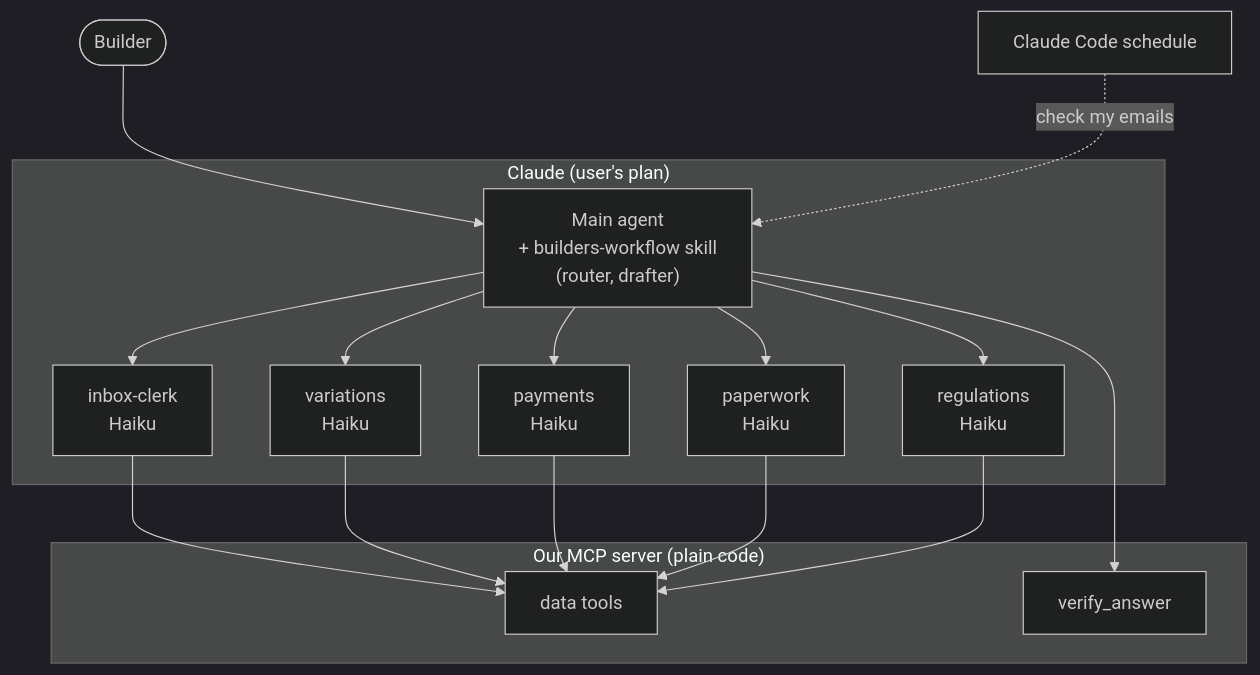
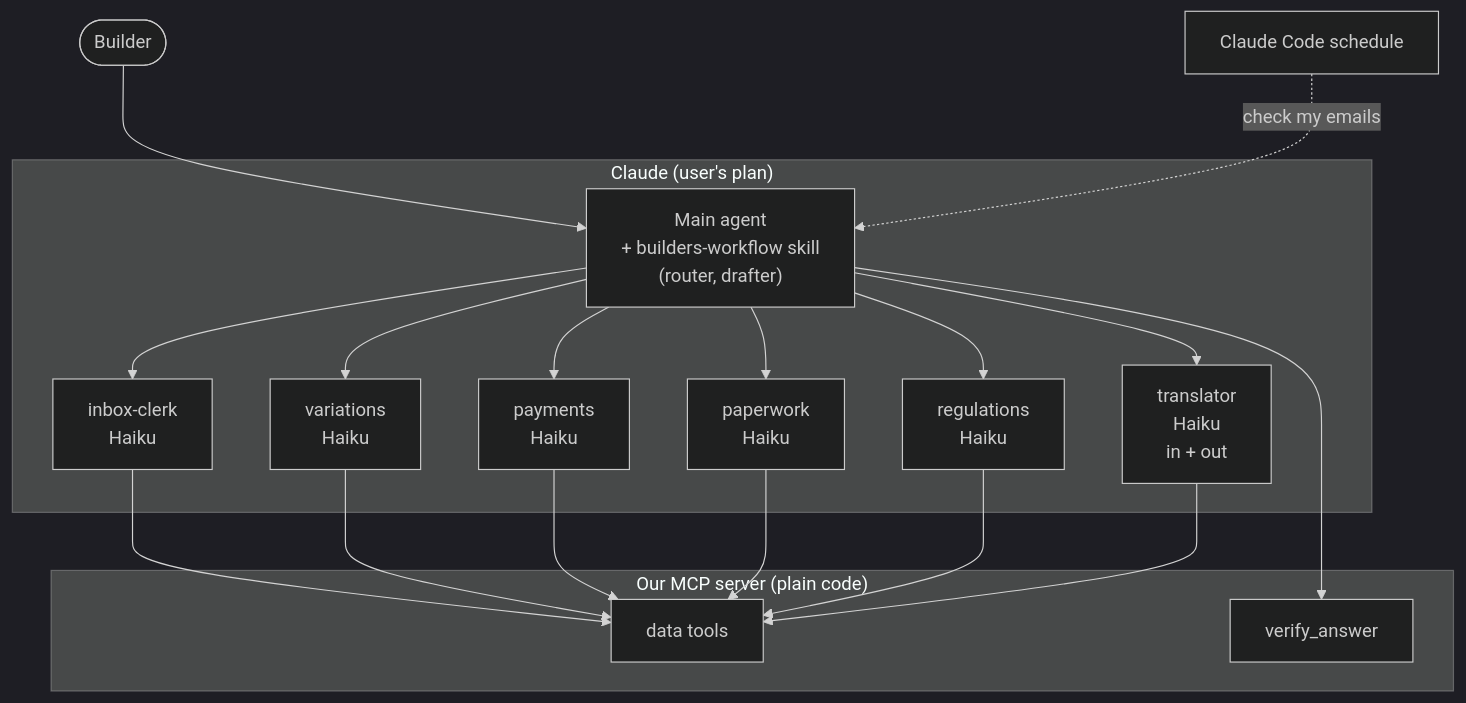
The first of 4 diagrams in architecture/design/agents.md (florinmarcus/builders_lab), drawn with Mermaid (dark theme) before and after one commit. The commit also changed other lines of this file and 13 other files, not shown here.

First line of the commit message:
Translator sub-agent (Haiku, lookup_terms only): Romanian in and out; contracts v2 with translator messages; workflow, agents design and tests updated

````diff
--- a/architecture/design/agents.md
+++ b/architecture/design/agents.md
@@ -10,19 +10,21 @@
 ```mermaid
 flowchart TB
     user(["Builder"]) --> main
     subgraph claude["Claude (user's plan)"]
         main["Main agent<br/>+ builders-workflow skill<br/>(router, drafter)"]
+        main --> tr["translator<br/>Haiku<br/>in + out"]
         main --> inbox["inbox-clerk<br/>Haiku"]
         main --> var["variations<br/>Haiku"]
         main --> pay["payments<br/>Haiku"]
         main --> paper["paperwork<br/>Haiku"]
         main --> regs["regulations<br/>Haiku"]
     end
     subgraph server["Our MCP server (plain code)"]
         tools["data tools"]
         guard["verify_answer"]
     end
     inbox & var & pay & paper & regs --> tools
+    tr --> tools
     main --> guard
     sched["Claude Code schedule"] -.->|"check my emails"| main
 ```
````
